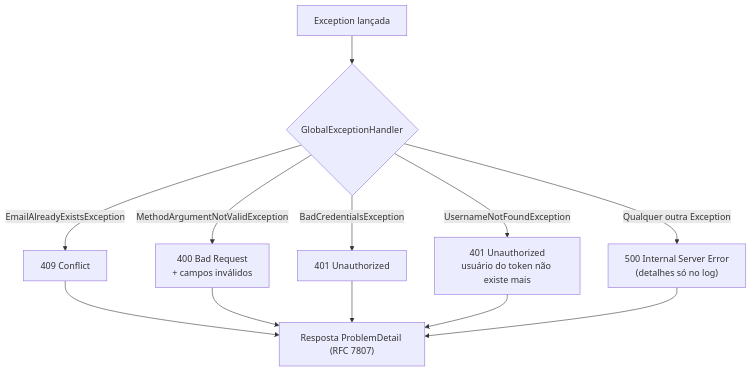
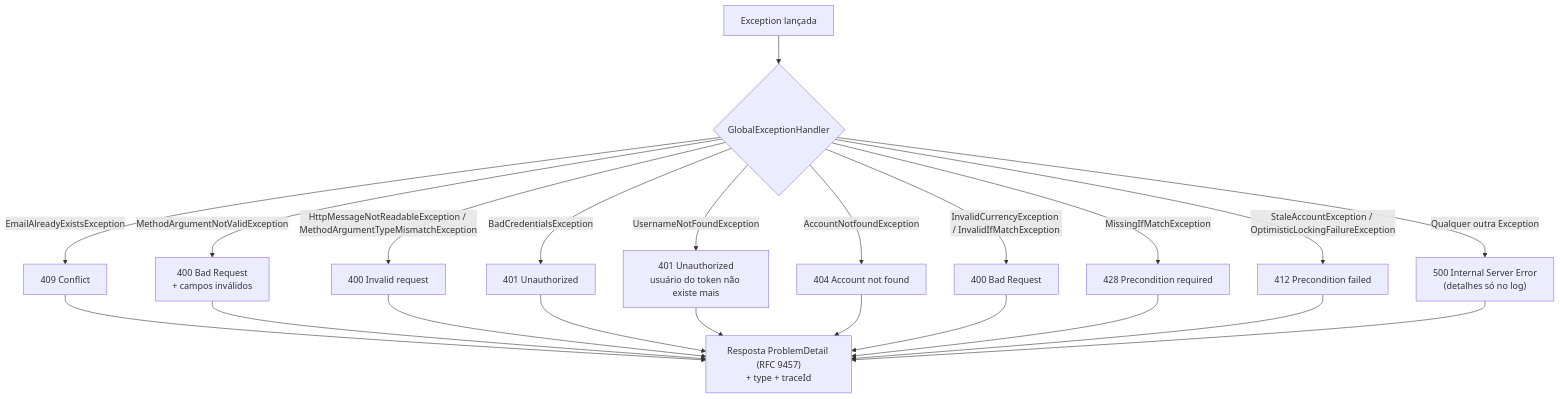
The diagram in docs/flows/error-handling.md (nomevini/opengrana), drawn with Mermaid before and after one commit. The commit also changed other lines of this file and 53 other files, not shown here.

````diff
--- a/docs/flows/error-handling.md
+++ b/docs/flows/error-handling.md
@@ -5,14 +7,24 @@
 ```mermaid
 flowchart TD
     E[Exception lançada] --> H{GlobalExceptionHandler}
     H -->|EmailAlreadyExistsException| A["409 Conflict"]
     H -->|MethodArgumentNotValidException| B["400 Bad Request<br/>+ campos inválidos"]
+    H -->|HttpMessageNotReadableException / MethodArgumentTypeMismatchException| I["400 Invalid request"]
     H -->|BadCredentialsException| C["401 Unauthorized"]
     H -->|UsernameNotFoundException| N["401 Unauthorized<br/>usuário do token não existe mais"]
+    H -->|AccountNotfoundException| NF["404 Account not found"]
+    H -->|InvalidCurrencyException / InvalidIfMatchException| IC["400 Bad Request"]
+    H -->|MissingIfMatchException| PR["428 Precondition required"]
+    H -->|StaleAccountException / OptimisticLockingFailureException| PS["412 Precondition failed"]
     H -->|Qualquer outra Exception| D["500 Internal Server Error<br/>(detalhes só no log)"]
-    A --> P["Resposta ProblemDetail (RFC 7807)"]
+    A --> P["Resposta ProblemDetail (RFC 9457)<br/>+ type + traceId"]
     B --> P
+    I --> P
     C --> P
     N --> P
+    NF --> P
+    IC --> P
+    PR --> P
+    PS --> P
     D --> P
 ```
````
